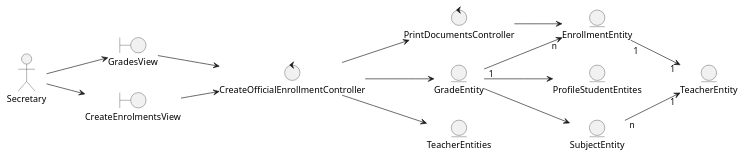
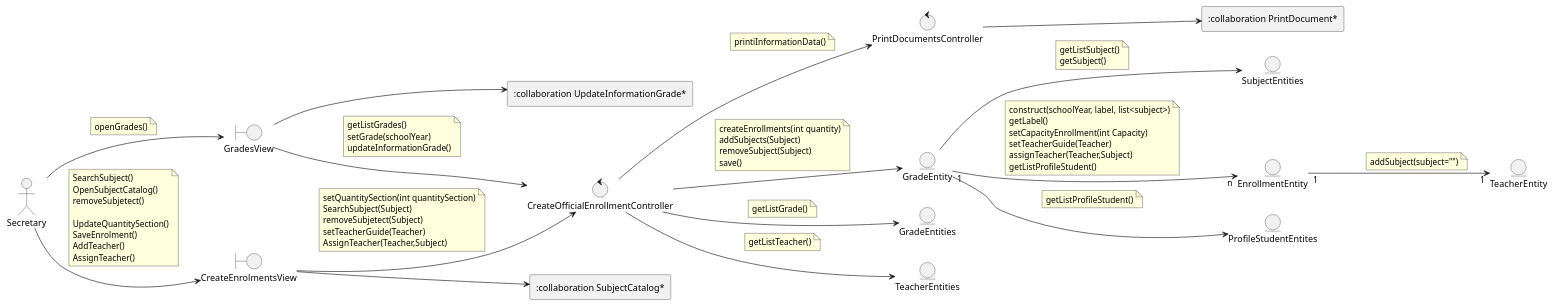
The diagram in DesignView/AnalysisView/UseCaseAnalysis/CU05.CreateOfficialEnrollmentBySection/Collaboration.CU05.Analysis.puml (wsmcbl/wsmcbl.doc), drawn with PlantUML before and after one commit. The commit also changed 1 other file, not shown here.

```diff
--- a/DesignView/AnalysisView/UseCaseAnalysis/CU05.CreateOfficialEnrollmentBySection/Collaboration.CU05.Analysis.puml
+++ b/DesignView/AnalysisView/UseCaseAnalysis/CU05.CreateOfficialEnrollmentBySection/Collaboration.CU05.Analysis.puml
@@ -1,45 +1,119 @@
 @startuml
 left to right direction
 
 actor Secretary
 
 boundary GradesView
 boundary CreateEnrolmentsView
 
 control CreateOfficialEnrollmentController
 control PrintDocumentsController
+rectangle SubjectCatalog as ":collaboration SubjectCatalog*"
+rectangle Imprimir as ":collaboration PrintDocument*"
+rectangle Update as ":collaboration UpdateInformationGrade*"
 
 entity EnrollmentEntity
 entity ProfileStudentEntites
 entity TeacherEntity
 entity GradeEntity
-entity SubjectEntity
+entity GradeEntities
+entity SubjectEntities
 entity TeacherEntities
 
 
 '--- Actor relations ---
 Secretary --> GradesView
+note on link
+    openGrades()
+end note
 Secretary --> CreateEnrolmentsView
+note on link
+    SearchSubject()
+    OpenSubjectCatalog()
+    removeSubjetect()
+
+    UpdateQuantitySection()
+    SaveEnrolment()
+    AddTeacher()
+    AssignTeacher()
+    end note
 
 
 '--- Views relations ---
 GradesView --> CreateOfficialEnrollmentController
+note on link
+    getListGrades()
+    setGrade(schoolYear)
+    updateInformationGrade()
+end note
+
+GradesView --> Update
+
+
+
 CreateEnrolmentsView --> CreateOfficialEnrollmentController
+note on link
+    setQuantitySection(int quantitySection)
+    SearchSubject(Subject)
+    removeSubjetect(Subject)
+    setTeacherGuide(Teacher)
+    AssignTeacher(Teacher,Subject)
+end note
+
+CreateEnrolmentsView --> SubjectCatalog
 
 
 '--- Controllers relations ---
 CreateOfficialEnrollmentController --> GradeEntity
+note on link
+    createEnrollments(int quantity)
+    addSubjects(Subject)
+    removeSubject(Subject)
+    save()
+end note
+
 CreateOfficialEnrollmentController --> TeacherEntities
+note on link
+    getListTeacher()
+end note
+
 CreateOfficialEnrollmentController --> PrintDocumentsController
+note on link
+    printiInformationData()
+end note
 
-PrintDocumentsController --> EnrollmentEntity
+CreateOfficialEnrollmentController --> GradeEntities
+note on link
+    getListGrade()
+end note
+
+PrintDocumentsController --> Imprimir
 
 
 '--- Entities relations ---
-GradeEntity --> SubjectEntity
+GradeEntity --> SubjectEntities
+note on link
+    getListSubject()
+    getSubject()
+end note
+
 GradeEntity "1" --> "n" EnrollmentEntity
+note on link
+    construct(schoolYear, label, list<subject>)
+    getLabel()
+    setCapacityEnrollment(int Capacity)
+    setTeacherGuide(Teacher)
+    assignTeacher(Teacher,Subject)
+    getListProfileStudent()
+end note
+
 GradeEntity --> ProfileStudentEntites
+note on link
+    getListProfileStudent()
+end note
 
 EnrollmentEntity "1" --> "1" TeacherEntity
-SubjectEntity "n" --> "1" TeacherEntity
+note on link
+    addSubject(subject="")
+end note
 @enduml
```
